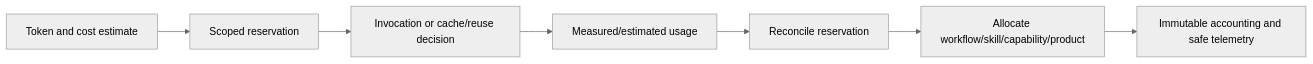
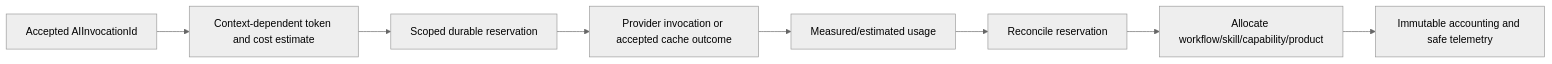
One commit to mayurbhavsar04/AIEOS changed the first of 2 diagrams in docs/architecture/AIUsageAndCostAccounting.md. Above: the diagram before and after it, drawn with Mermaid (neutral theme). The commit also changed other lines of this file and 7 other files, not shown here.

````diff
--- a/docs/architecture/AIUsageAndCostAccounting.md
+++ b/docs/architecture/AIUsageAndCostAccounting.md
@@ -34,9 +34,10 @@
 ```mermaid
 flowchart LR
-    EST["Token and cost estimate"] --> RES["Scoped reservation"]
-    RES --> INV["Invocation or cache/reuse decision"]
+    ACCEPT["Accepted AIInvocationId"] --> EST["Context-dependent token and cost estimate"]
+    EST --> RES["Scoped durable reservation"]
+    RES --> INV["Provider invocation or accepted cache outcome"]
     INV --> USAGE["Measured/estimated usage"]
     USAGE --> REC["Reconcile reservation"]
     REC --> ALLOC["Allocate workflow/skill/capability/product"]
     ALLOC --> AUDIT["Immutable accounting and safe telemetry"]
 ```
````
